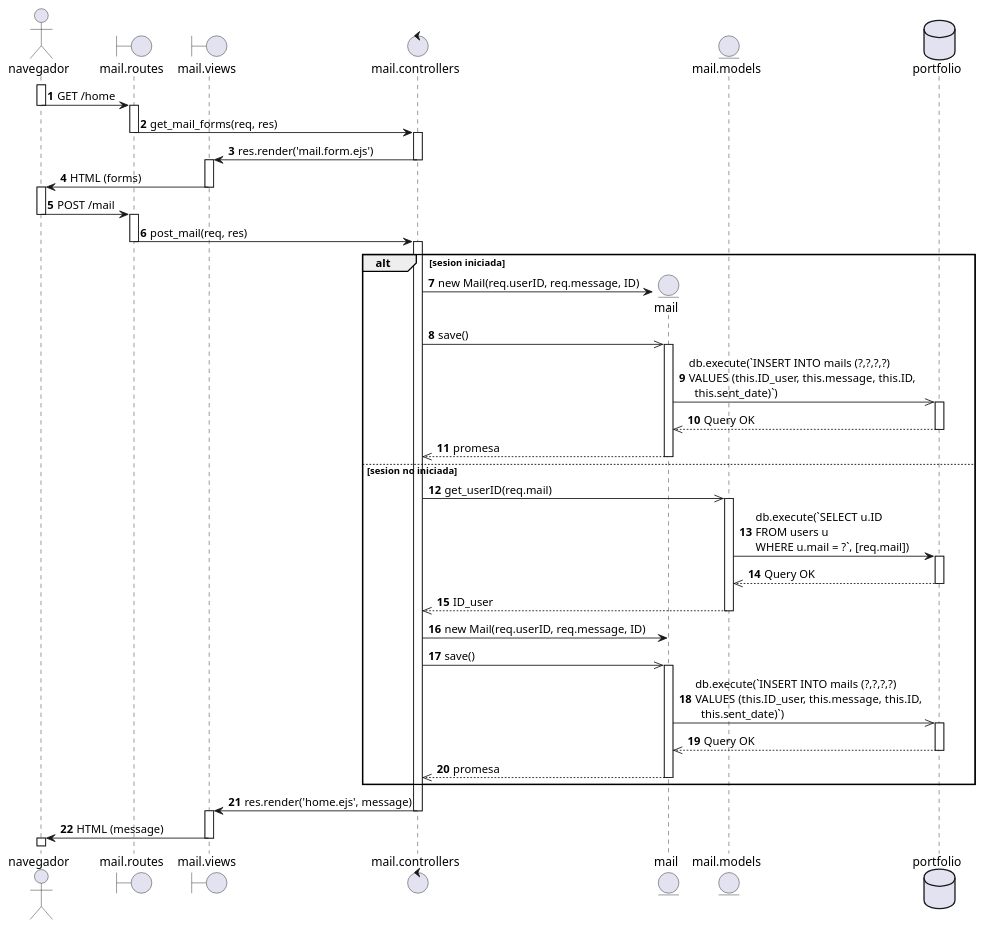
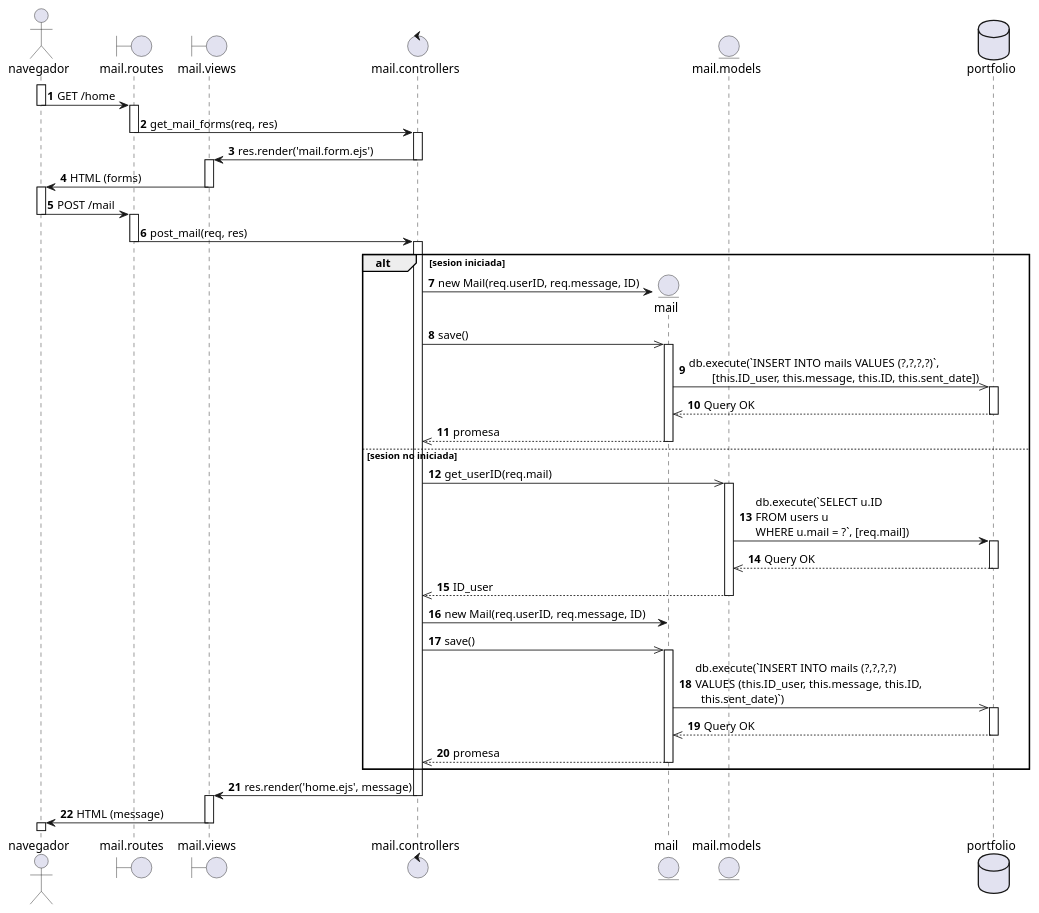
One commit to YaelChar417/portfolio changed the diagram in Diagramas/Secuencia/CU04_U_Registrar_correo.puml. Above: the diagram before and after it, drawn with PlantUML. The commit also changed 2 other files, not shown here.

```diff
--- a/Diagramas/Secuencia/CU04_U_Registrar_correo.puml
+++ b/Diagramas/Secuencia/CU04_U_Registrar_correo.puml
@@ -1,90 +1,90 @@
 @startuml 
 
 autonumber
 
 actor navegador as nav
 boundary "mail.routes" as routes
 boundary "mail.views" as view
 control "mail.controllers" as controller
 
 activate nav
 nav -> routes: GET /home
 deactivate nav
 
 activate routes
 routes -> controller: get_mail_forms(req, res)
 deactivate routes
 
 activate controller
 controller -> view: res.render('mail.form.ejs')
 deactivate controller
 
 activate view
 view -> nav: HTML (forms)
 deactivate view
 
 activate nav
 nav -> routes: POST /mail
 deactivate nav
 
 activate routes
 routes -> controller: post_mail(req, res)
 deactivate routes
 
 activate controller
 
 alt sesion iniciada
     create entity mail
     controller -> mail: new Mail(req.userID, req.message, ID)
     controller ->> mail: save()
 
     entity "mail.models" as model
     database portfolio as db 
 
     activate mail
-    mail ->> db: db.execute(`INSERT INTO mails (?,?,?,?) \nVALUES (this.ID_user, this.message, this.ID, \n  this.sent_date)`)
+    mail ->> db: db.execute(`INSERT INTO mails VALUES (?,?,?,?)`, \n\t[this.ID_user, this.message, this.ID, this.sent_date])
 
     activate db
     db -->> mail: Query OK
     deactivate db
 
     mail -->> controller: promesa
     deactivate mail
 
 else sesion no iniciada
     controller ->> model: get_userID(req.mail)
 
     activate model
     model -> db: db.execute(`SELECT u.ID \nFROM users u \nWHERE u.mail = ?`, [req.mail])
 
     activate db
     db -->> model: Query OK
     deactivate db
 
     model -->> controller: ID_user
     deactivate model
 
     controller -> mail: new Mail(req.userID, req.message, ID)
     controller ->> mail: save() 
 
     activate mail
     mail ->> db: db.execute(`INSERT INTO mails (?,?,?,?) \nVALUES (this.ID_user, this.message, this.ID, \n  this.sent_date)`)
 
     activate db
     db -->> mail: Query OK
     deactivate db
 
     mail -->> controller: promesa
     deactivate mail
 end
 
 controller -> view: res.render('home.ejs', message)
 deactivate controller 
 
 activate view
 view -> nav: HTML (message)
 deactivate view
 
 activate nav
 
 @enduml
```
